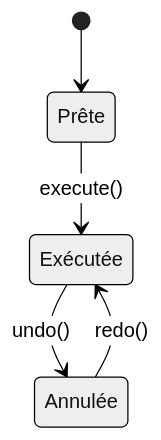
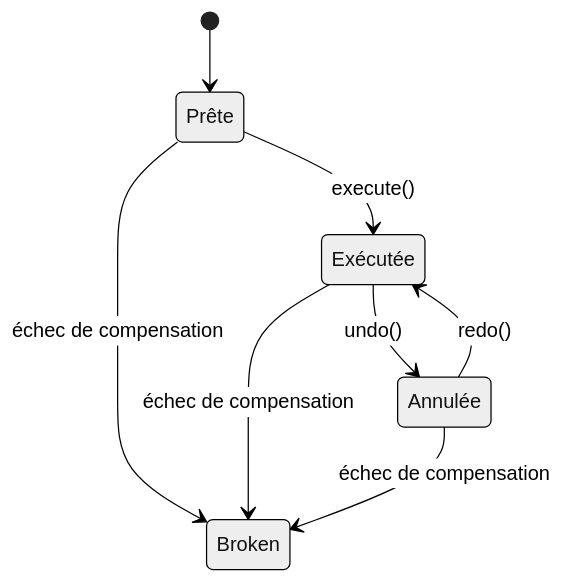
One commit to michaellaunay/komandaro changed the second of 2 diagrams in docs/fr/how-it-works.md. Above: the diagram before and after it, drawn with Mermaid (neutral theme). The commit also changed other lines of this file and 18 other files, not shown here.

````diff
--- a/docs/fr/how-it-works.md
+++ b/docs/fr/how-it-works.md
@@ -78,10 +78,13 @@
 ```mermaid
 stateDiagram-v2
     state "Prête" as Ready
     state "Exécutée" as Executed
     state "Annulée" as Undone
     [*] --> Ready
     Ready --> Executed : execute()
     Executed --> Undone : undo()
     Undone --> Executed : redo()
+    Ready --> Broken : échec de compensation
+    Executed --> Broken : échec de compensation
+    Undone --> Broken : échec de compensation
 ```
````
